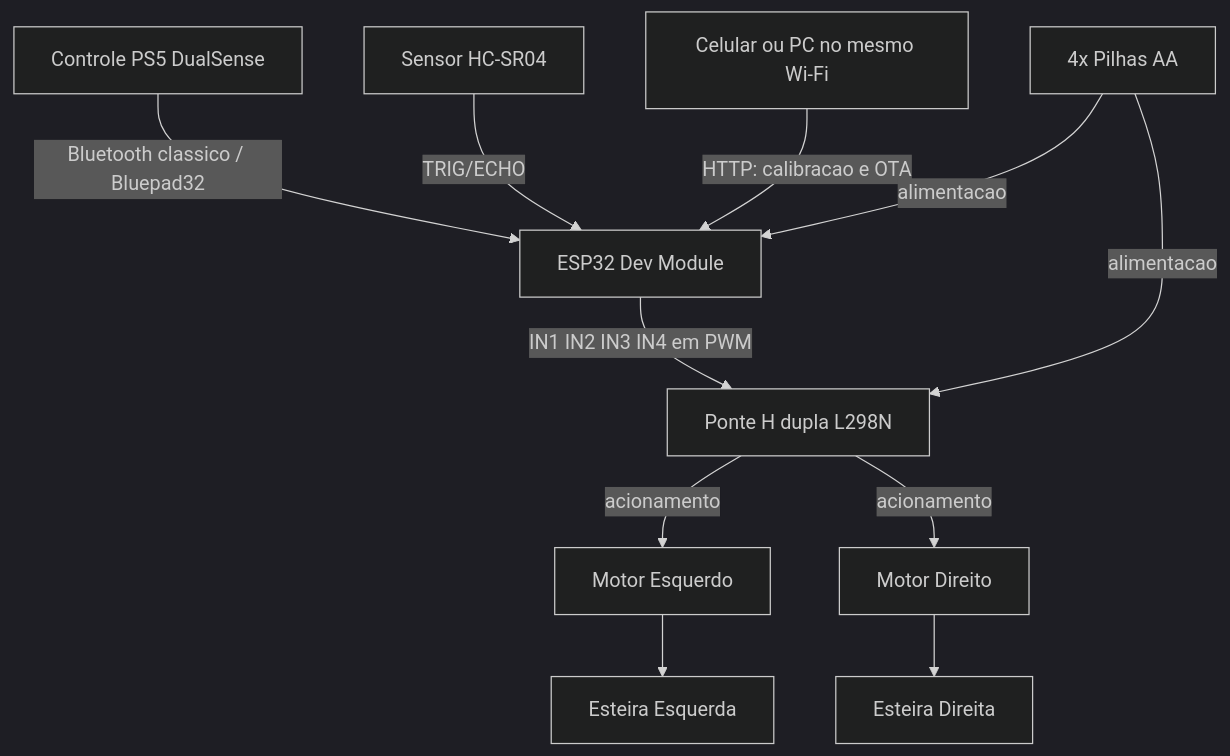
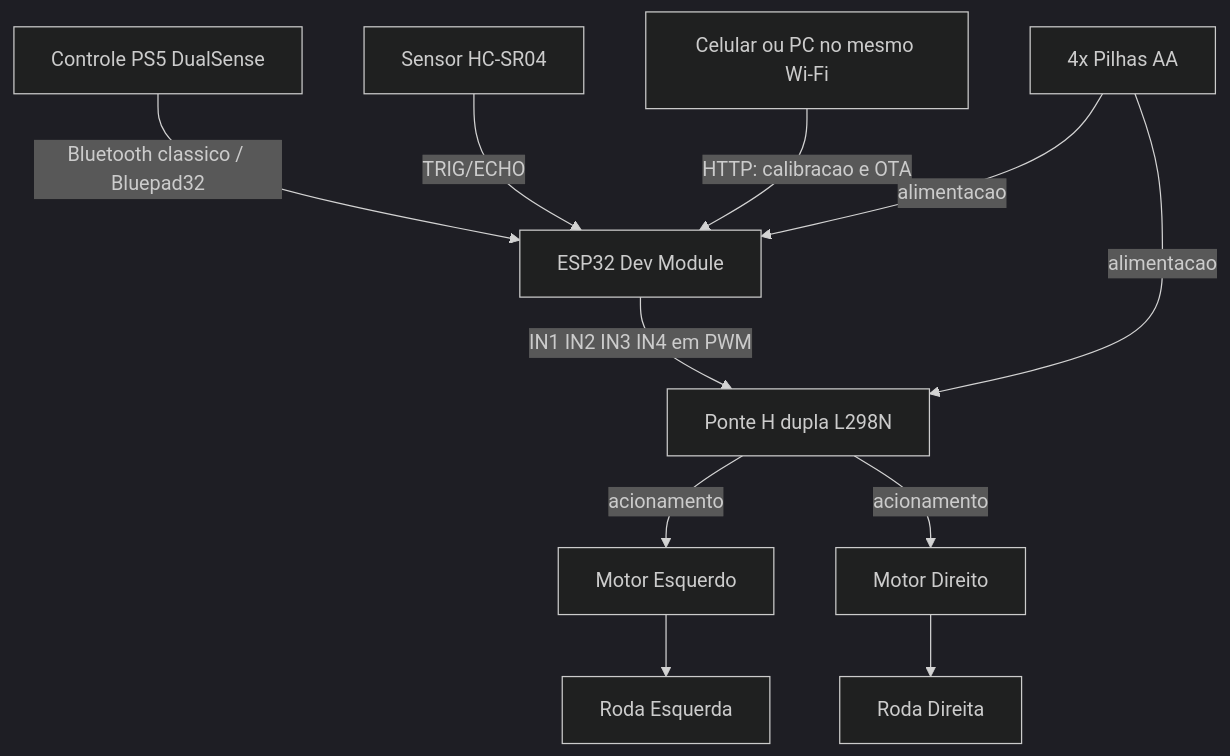
Before and after one commit to JuliaAzevedoLins/4ESPY_CP1_Maker_Carrinho: the first of 2 diagrams in Documentacao.md, drawn with Mermaid (dark theme). The commit also changed other lines of this file and 12 other files, not shown here.

````diff
--- a/Documentacao.md
+++ b/Documentacao.md
@@ -181,13 +179,13 @@
 ```mermaid
 flowchart TD
     PS5[Controle PS5 DualSense] -- Bluetooth classico / Bluepad32 --> ESP32[ESP32 Dev Module]
     HCSR04[Sensor HC-SR04] -- TRIG/ECHO --> ESP32
     CEL[Celular ou PC no mesmo Wi-Fi] -- HTTP: calibracao e OTA --> ESP32
     ESP32 -- IN1 IN2 IN3 IN4 em PWM --> PONTEH[Ponte H dupla L298N]
     PONTEH -- acionamento --> MOTORE[Motor Esquerdo]
     PONTEH -- acionamento --> MOTORD[Motor Direito]
-    MOTORE --> ESTE[Esteira Esquerda]
-    MOTORD --> ESTD[Esteira Direita]
+    MOTORE --> RODAE[Roda Esquerda]
+    MOTORD --> RODAD[Roda Direita]
     BAT[4x Pilhas AA] -- alimentacao --> PONTEH
     BAT -- alimentacao --> ESP32
 ```
````
